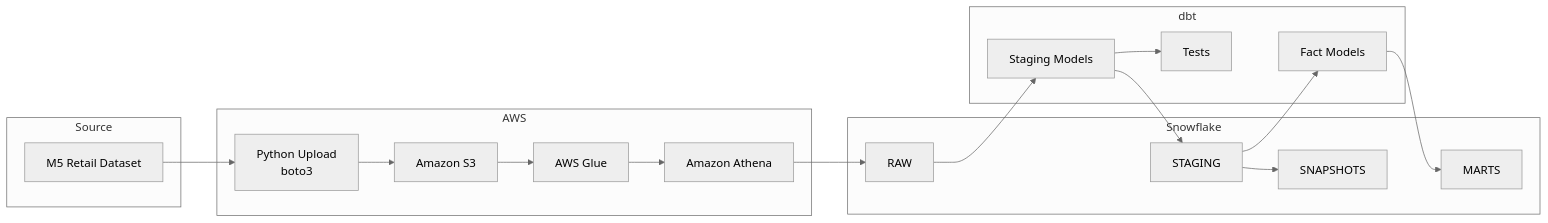
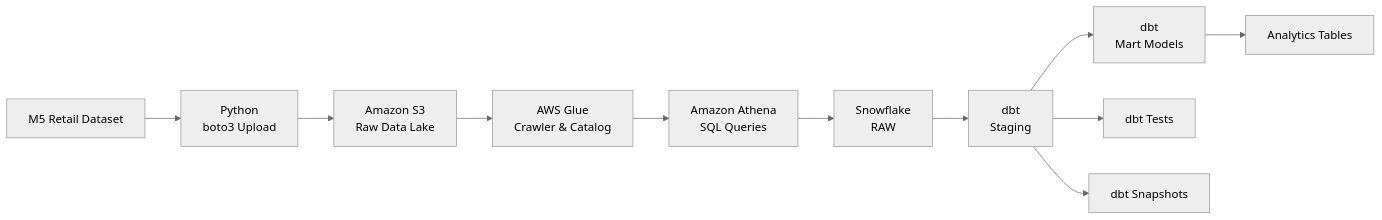
One commit to shokoufehyazdanian/cloud-retail-analytics-platform changed the diagram in README.md. Above: the diagram before and after it, drawn with Mermaid (neutral theme). The commit also changed other lines of this file, not shown here.

````diff
--- a/README.md
+++ b/README.md
@@ -17,39 +17,24 @@
 ```mermaid
 flowchart LR
 
-    subgraph Source
-        A[M5 Retail Dataset]
-    end
+    A[M5 Retail Dataset]
+        --> B[Python<br/>boto3 Upload]
 
-    subgraph AWS
-        B[Python Upload<br/>boto3]
-        C[Amazon S3]
-        D[AWS Glue]
-        E[Amazon Athena]
-    end
+    B --> C[Amazon S3<br/>Raw Data Lake]
 
-    subgraph Snowflake
-        F[RAW]
-        G[STAGING]
-        H[MARTS]
-        I[SNAPSHOTS]
-    end
+    C --> D[AWS Glue<br/>Crawler & Catalog]
 
-    subgraph dbt
-        J[Staging Models]
-        K[Fact Models]
-        L[Tests]
-    end
+    D --> E[Amazon Athena<br/>SQL Queries]
 
-    A --> B
-    B --> C
-    C --> D
-    D --> E
-    E --> F
-    F --> J
-    J --> G
-    G --> K
-    K --> H
-    J --> L
-    G --> I
+    E --> F[Snowflake<br/>RAW]
+
+    F --> G[dbt<br/>Staging]
+
+    G --> H[dbt<br/>Mart Models]
+
+    H --> I[Analytics Tables]
+
+    G --> J[dbt Tests]
+
+    G --> K[dbt Snapshots]
 ```
````
